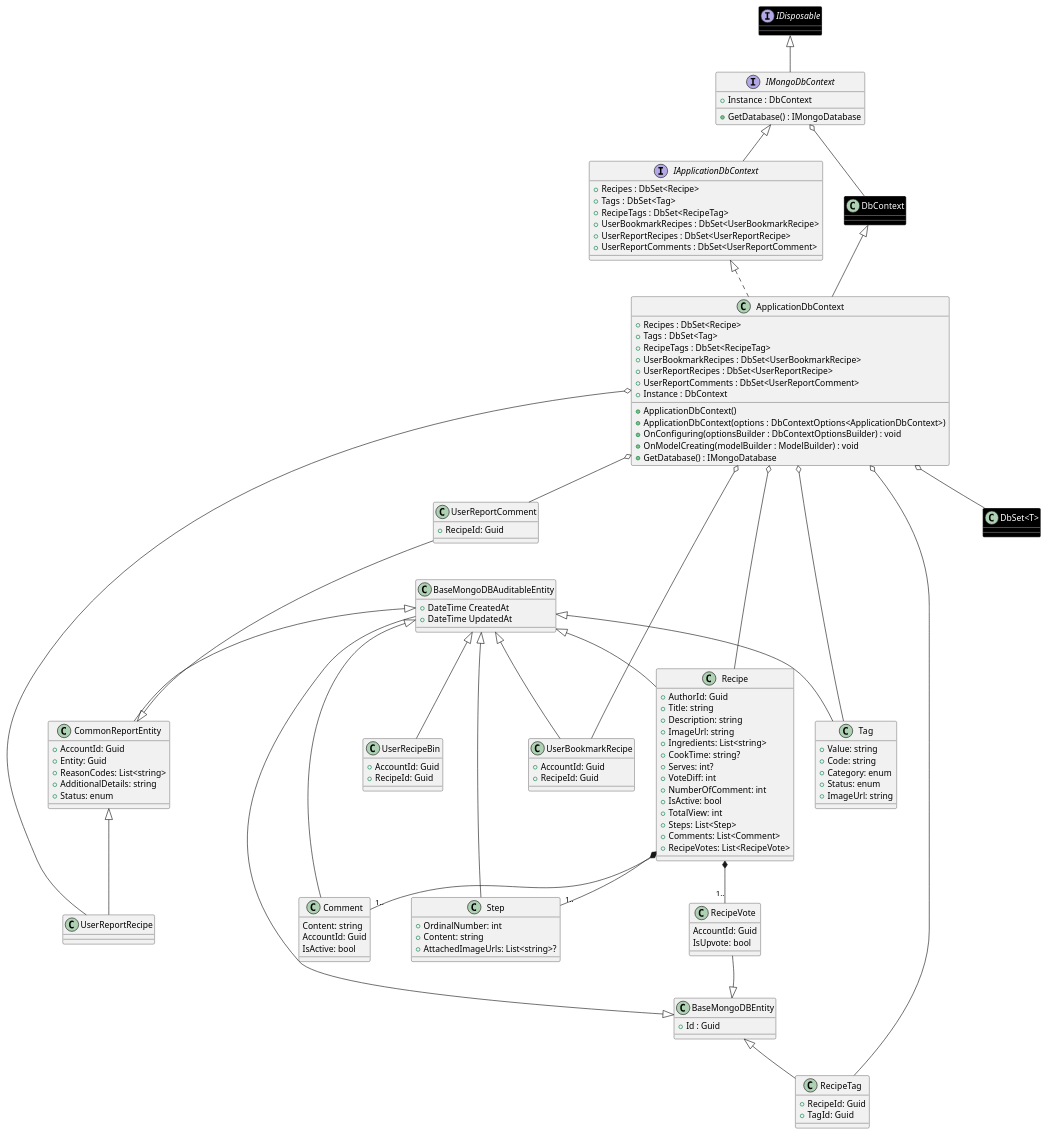
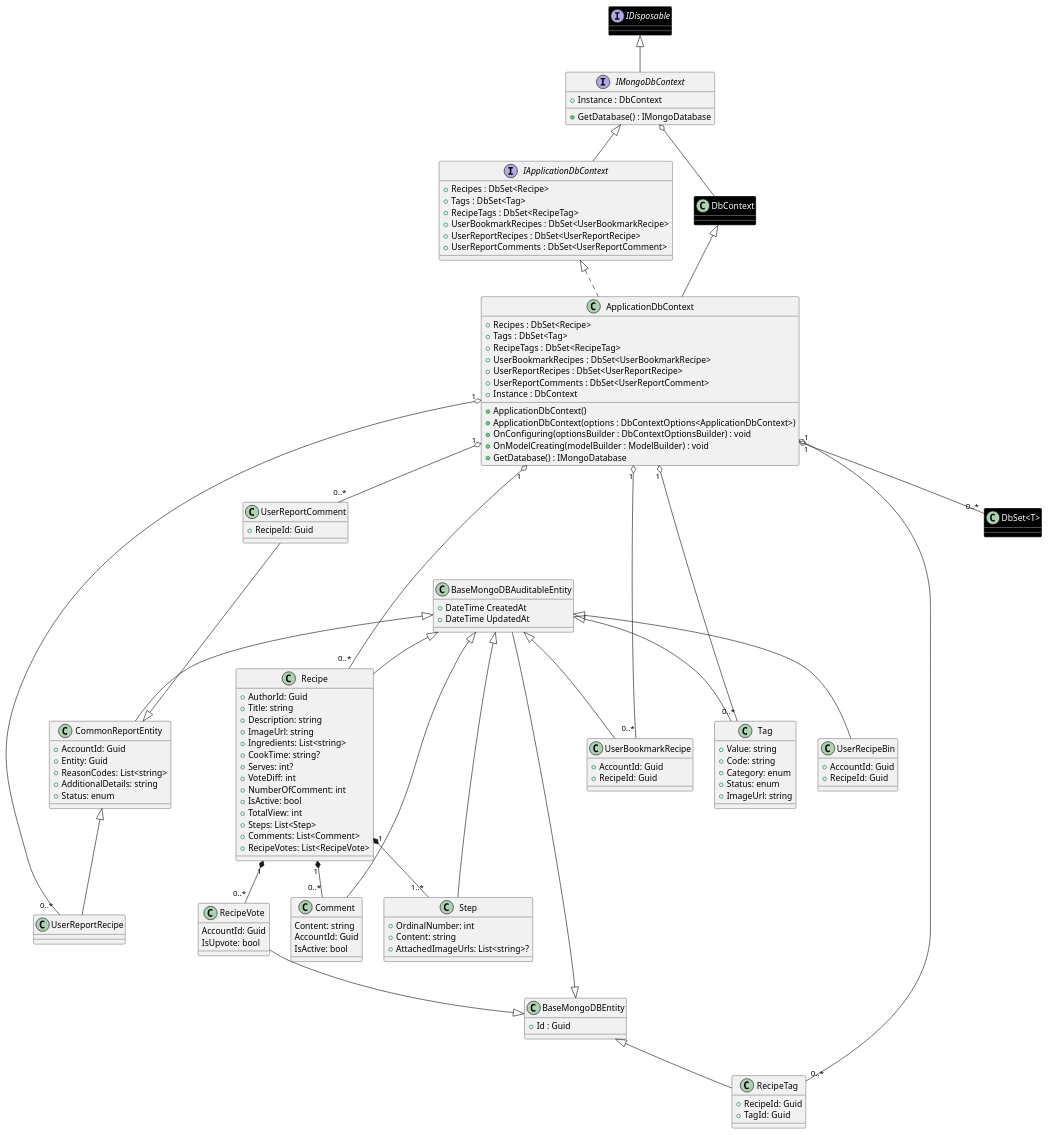
One commit to Carl-Johnsons/tastopia changed the diagram in doc/SDS/CommonClassDiagram/Recipe/RecipeDbContext.plantuml. Above: the diagram before and after it, drawn with PlantUML. The commit also changed 3 other files, not shown here.

Commit message:
doc: add recipe grpc service class diagram

```diff
--- a/doc/SDS/CommonClassDiagram/Recipe/RecipeDbContext.plantuml
+++ b/doc/SDS/CommonClassDiagram/Recipe/RecipeDbContext.plantuml
@@ -1,157 +1,161 @@
 @startuml AccountDbContext
 
 interface IMongoDbContext extends IDisposable {
     +Instance : DbContext
     +GetDatabase() : IMongoDatabase
 }
 ' ========= Entity class =========
 class BaseMongoDBEntity {
     +Id : Guid
 }
 
 class BaseMongoDBAuditableEntity extends BaseMongoDBEntity {
     +DateTime CreatedAt
     +DateTime UpdatedAt
 }
 
 class Recipe extends BaseMongoDBAuditableEntity {
     +AuthorId: Guid
     +Title: string
     +Description: string
     +ImageUrl: string
     +Ingredients: List<string>
     +CookTime: string?
     +Serves: int?
     +VoteDiff: int
     +NumberOfComment: int
     +IsActive: bool
     +TotalView: int
     +Steps: List<Step>
     +Comments: List<Comment>
     +RecipeVotes: List<RecipeVote>
 }
 
 class Step extends BaseMongoDBAuditableEntity {
     +OrdinalNumber: int
     +Content: string
     +AttachedImageUrls: List<string>?
 }
 
 class Comment extends BaseMongoDBAuditableEntity {
     Content: string
     AccountId: Guid
     IsActive: bool
 }
 
 class RecipeVote extends BaseMongoDBEntity {
     AccountId: Guid
     IsUpvote: bool
 }
 
 class Tag extends BaseMongoDBAuditableEntity {
     +Value: string
     +Code: string
     +Category: enum
     +Status: enum
     +ImageUrl: string
 }
 
 class RecipeTag extends BaseMongoDBEntity {
     +RecipeId: Guid
     +TagId: Guid
 }
 
 class UserBookmarkRecipe extends BaseMongoDBAuditableEntity {
     +AccountId: Guid
     +RecipeId: Guid
 }
 
 class CommonReportEntity extends BaseMongoDBAuditableEntity {
     +AccountId: Guid
     +Entity: Guid
     +ReasonCodes: List<string>
     +AdditionalDetails: string
     +Status: enum
 }
 
 class UserReportRecipe extends CommonReportEntity {
 }
 
 class UserReportComment extends CommonReportEntity {
     +RecipeId: Guid
 }
 
 class UserRecipeBin extends BaseMongoDBAuditableEntity {
     +AccountId: Guid
     +RecipeId: Guid
 }
 interface IApplicationDbContext extends IMongoDbContext {
     + Recipes : DbSet<Recipe>
     + Tags : DbSet<Tag>
     + RecipeTags : DbSet<RecipeTag>
     + UserBookmarkRecipes : DbSet<UserBookmarkRecipe>
     + UserReportRecipes : DbSet<UserReportRecipe>
     + UserReportComments : DbSet<UserReportComment>
 }
 class ApplicationDbContext extends DbContext implements IApplicationDbContext {
     +Recipes : DbSet<Recipe> 
     +Tags : DbSet<Tag>
     +RecipeTags : DbSet<RecipeTag>
     +UserBookmarkRecipes : DbSet<UserBookmarkRecipe>
     +UserReportRecipes : DbSet<UserReportRecipe> 
     +UserReportComments : DbSet<UserReportComment>
     +Instance : DbContext
     +ApplicationDbContext()
     +ApplicationDbContext(options : DbContextOptions<ApplicationDbContext>)
     +OnConfiguring(optionsBuilder : DbContextOptionsBuilder) : void
     +OnModelCreating(modelBuilder : ModelBuilder) : void
     +GetDatabase() : IMongoDatabase
 }
 
 ' ========= Library class =========
 interface IDisposable #black;line:white;text:white
 class "DbSet<T>" #black;line:white;text:white
 class DbContext #black;line:white;text:white
 
 IMongoDbContext o-- DbContext
 
 ' IApplicationDbContext o-- "DbSet<T>"
 ' IApplicationDbContext o-- Recipe
 ' IApplicationDbContext o-- Tag
 ' IApplicationDbContext o-- RecipeTag
 ' IApplicationDbContext o-- UserBookmarkRecipe
 ' IApplicationDbContext o-- UserReportRecipe
 ' IApplicationDbContext o-- UserReportComment
 
-ApplicationDbContext o-- "DbSet<T>"
-ApplicationDbContext o-- Recipe
-ApplicationDbContext o-- Tag
-ApplicationDbContext o-- RecipeTag
-ApplicationDbContext o-- UserBookmarkRecipe
-ApplicationDbContext o-- UserReportRecipe
-ApplicationDbContext o-- UserReportComment
+ApplicationDbContext "1" o-- "0..*" "DbSet<T>"
+ApplicationDbContext "1" o-- "0..*" Recipe
+ApplicationDbContext "1" o-- "0..*" Tag
+ApplicationDbContext "1" o-- "0..*" RecipeTag
+ApplicationDbContext "1" o-- "0..*" UserBookmarkRecipe
+ApplicationDbContext "1" o-- "0..*" UserReportRecipe
+ApplicationDbContext "1" o-- "0..*" UserReportComment
 
 ' =========== Style ==============
 
 ApplicationDbContext o-[hidden]down- "DbSet<T>"
 ApplicationDbContext o-[hidden]down- Recipe
 ApplicationDbContext o-[hidden]down- Tag
 ApplicationDbContext o-[hidden]down- RecipeTag
 ApplicationDbContext o-[hidden]down- UserBookmarkRecipe
+ApplicationDbContext o-[hidden]down- UserReportRecipe
+ApplicationDbContext o-[hidden]down- UserReportComment
+ApplicationDbContext o-[hidden]down- UserRecipeBin
+
 
 BaseMongoDBAuditableEntity -[hidden]right- BaseMongoDBEntity 
 BaseMongoDBAuditableEntity -[hidden]up- Recipe 
 BaseMongoDBAuditableEntity -[hidden]up- Step 
 BaseMongoDBAuditableEntity -[hidden]up- Comment 
 BaseMongoDBEntity -[hidden]up- RecipeVote 
 BaseMongoDBAuditableEntity -[hidden]up- Tag 
 BaseMongoDBEntity -[hidden]up- RecipeTag 
 BaseMongoDBAuditableEntity -[hidden]up- UserBookmarkRecipe 
 BaseMongoDBAuditableEntity -[hidden]up- UserReportRecipe
 BaseMongoDBAuditableEntity -[hidden]up- UserReportComment 
 
-Recipe *--"1.." Step
-Recipe *--"1.." Comment
-Recipe *--"1.." RecipeVote
+Recipe "1"*--"1..*" Step
+Recipe "1"*--"0..*" Comment
+Recipe "1"*--"0..*" RecipeVote
 
 @enduml
```
